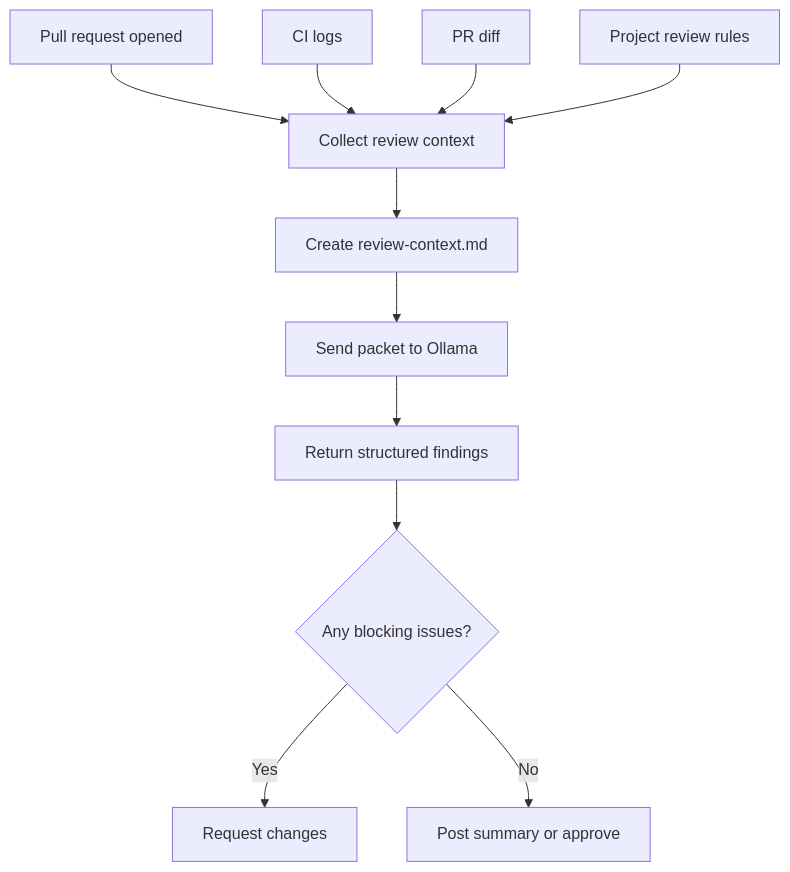
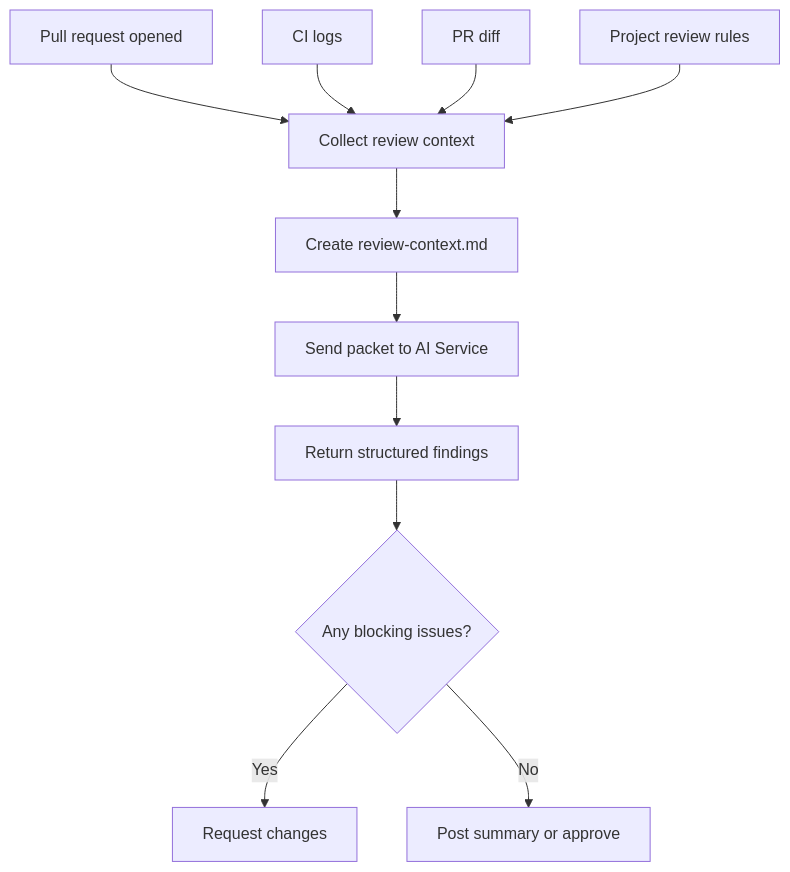
One commit to arii/tech-dancer changed the first of 2 diagrams in content/studies/ai-devops-pipeline.md. Above: the diagram before and after it, drawn with Mermaid. The commit also changed other lines of this file and 1 other file, not shown here.

````diff
--- a/content/studies/ai-devops-pipeline.md
+++ b/content/studies/ai-devops-pipeline.md
@@ -38,16 +38,16 @@
 ```mermaid
 flowchart TD
   PR[Pull request opened] --> Collect[Collect review context]
   Collect --> Packet[Create review-context.md]
 
-  Packet --> Ollama[Send packet to Ollama]
-  Ollama --> Findings[Return structured findings]
+  Packet --> Models[Send packet to AI Service]
+  Models --> Findings[Return structured findings]
 
   Findings --> Decide{Any blocking issues?}
   Decide -->|Yes| Changes[Request changes]
   Decide -->|No| Summary[Post summary or approve]
 
   CI[CI logs] --> Collect
   Diff[PR diff] --> Collect
   Rules[Project review rules] --> Collect
 ```
````
